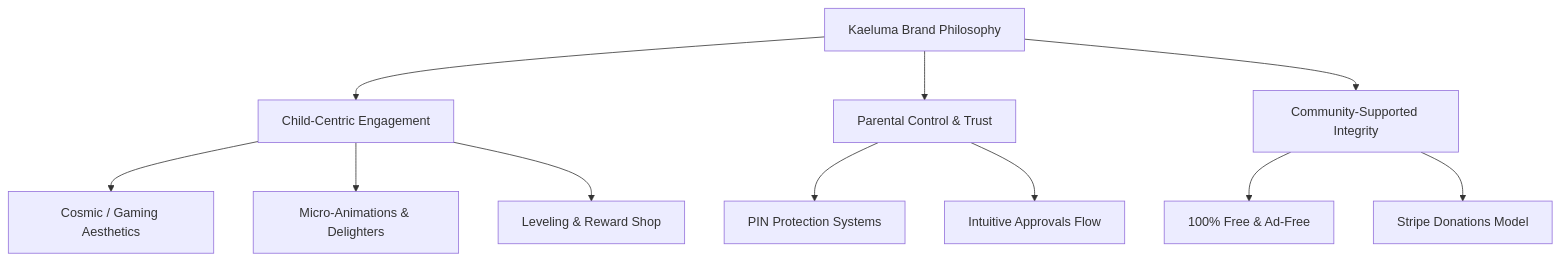
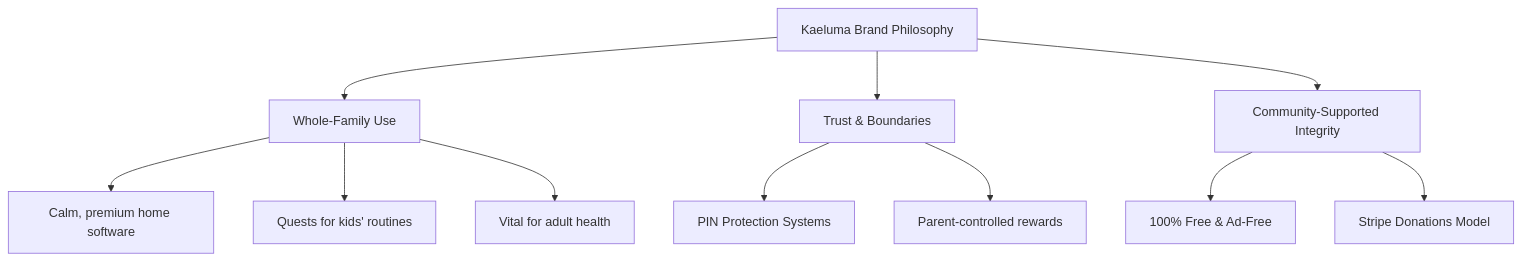
One commit to Jayson-Palacio/LifeXP changed the diagram in branding/brand_guide.md. Above: the diagram before and after it, drawn with Mermaid. The commit also changed other lines of this file and 40 other files, not shown here.

First line of the commit message:
Restyle Kaeluma's public surface to a calmer family look and make Vital a usable household tracker.

````diff
--- a/branding/brand_guide.md
+++ b/branding/brand_guide.md
@@ -11,16 +11,16 @@
 ```mermaid
 graph TD
-    A[Kaeluma Brand Philosophy] --> B[Child-Centric Engagement]
-    A --> C[Parental Control & Trust]
+    A[Kaeluma Brand Philosophy] --> B[Whole-Family Use]
+    A --> C[Trust & Boundaries]
     A --> D[Community-Supported Integrity]
     
-    B --> B1[Cosmic / Gaming Aesthetics]
-    B --> B2[Micro-Animations & Delighters]
-    B --> B3[Leveling & Reward Shop]
+    B --> B1[Calm, premium home software]
+    B --> B2[Quests for kids' routines]
+    B --> B3[Vital for adult health]
     
     C --> C1[PIN Protection Systems]
-    C --> C2[Intuitive Approvals Flow]
+    C --> C2[Parent-controlled rewards]
     
     D --> D1[100% Free & Ad-Free]
     D --> D2[Stripe Donations Model]
 ```
````
